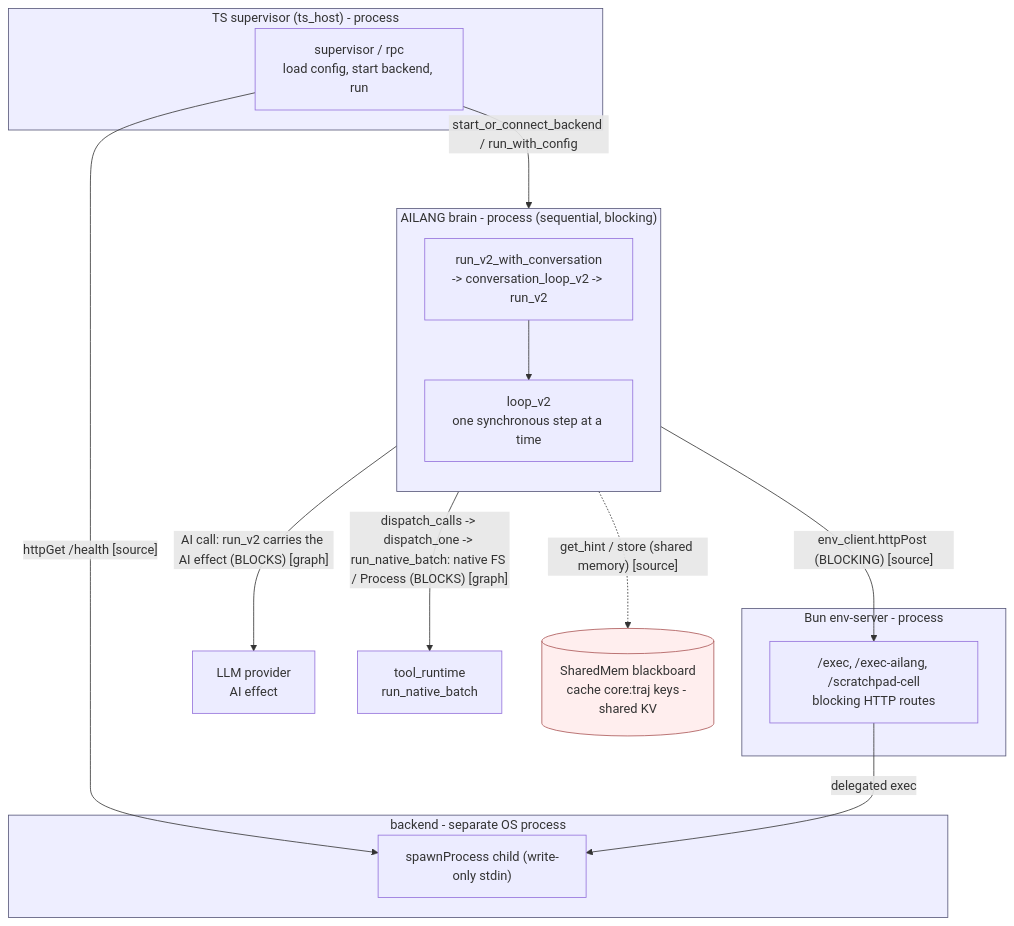
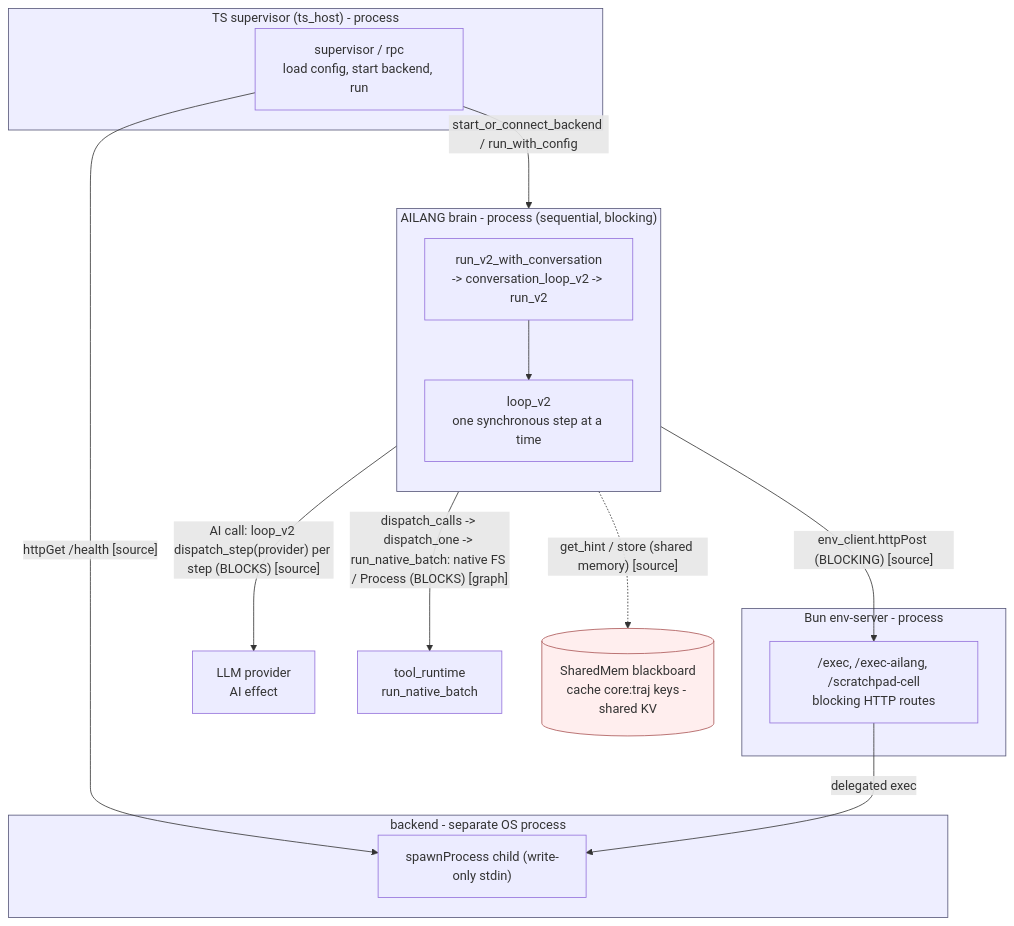
Before and after one commit to arniwesth/motoko_agent: the first of 5 diagrams in .agent/projects/003_CSP_core_refactor/DIAGRAM-csp-architecture.md, drawn with Mermaid. The commit also changed other lines of this file and 1 other file, not shown here.

````diff
--- a/.agent/projects/003_CSP_core_refactor/DIAGRAM-csp-architecture.md
+++ b/.agent/projects/003_CSP_core_refactor/DIAGRAM-csp-architecture.md
@@ -29,36 +31,36 @@
 ```mermaid
 flowchart TB
   subgraph HOST["TS supervisor (ts_host) - process"]
     SUP["supervisor / rpc<br/>load config, start backend, run"]
   end
 
   subgraph BRAIN["AILANG brain - process (sequential, blocking)"]
     direction TB
     CONV["run_v2_with_conversation<br/>-> conversation_loop_v2 -> run_v2"]
     STEPLOOP["loop_v2<br/>one synchronous step at a time"]
     CONV --> STEPLOOP
   end
 
   subgraph ENV["Bun env-server - process"]
     EX["/exec, /exec-ailang, /scratchpad-cell<br/>blocking HTTP routes"]
   end
 
   subgraph BACK["backend - separate OS process"]
     BE["spawnProcess child (write-only stdin)"]
   end
 
   SUP -->|"start_or_connect_backend / run_with_config"| BRAIN
-  CONV -->|"AI call: run_v2 carries the AI effect (BLOCKS) [graph]"| PROV["LLM provider<br/>AI effect"]
+  STEPLOOP -->|"AI call: loop_v2 dispatch_step(provider) per step (BLOCKS) [source]"| PROV["LLM provider<br/>AI effect"]
   STEPLOOP -->|"dispatch_calls -> dispatch_one -> run_native_batch: native FS / Process (BLOCKS) [graph]"| TOOLS["tool_runtime<br/>run_native_batch"]
   STEPLOOP -->|"env_client.httpPost (BLOCKING) [source]"| EX
   SUP -->|"httpGet /health [source]"| BE
   EX -->|"delegated exec"| BE
 
   SM[("SharedMem blackboard<br/>cache core:traj keys - shared KV")]
   BRAIN -.->|"get_hint / store (shared memory) [source]"| SM
 
   classDef proc fill:#eef,stroke:#557,stroke-width:1px;
   classDef store fill:#fee,stroke:#a55;
   class HOST,BRAIN,ENV,BACK proc;
   class SM store;
 ```
````
